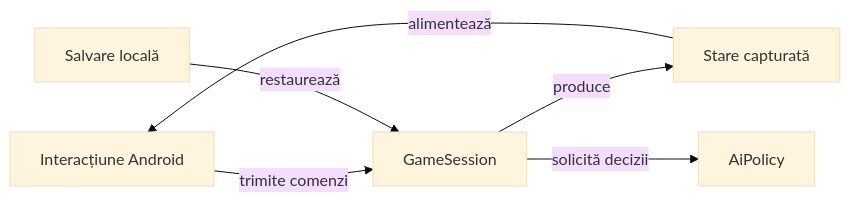
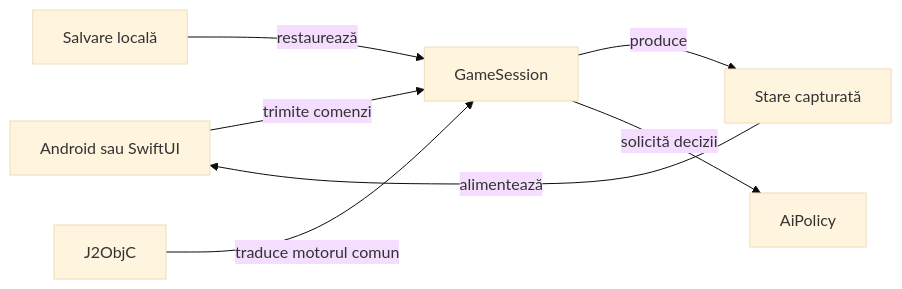
The diagram in whist-lab-app/README.md (crististefanita/atf_j4), drawn with Mermaid (base theme) before and after one commit. The commit also changed other lines of this file and 31 other files, not shown here.

````diff
--- a/whist-lab-app/README.md
+++ b/whist-lab-app/README.md
@@ -43,8 +44,9 @@
 ```mermaid
 flowchart LR
-UI[Interacțiune Android] -->|trimite comenzi| SESSION[GameSession]
+UI[Android sau SwiftUI] -->|trimite comenzi| SESSION[GameSession]
 SESSION -->|produce| VIEW[Stare capturată]
 VIEW -->|alimentează| UI
 SESSION -->|solicită decizii| AI[AiPolicy]
 STORE[Salvare locală] -->|restaurează| SESSION
+IOS[J2ObjC] -->|traduce motorul comun| SESSION
 ```
````
